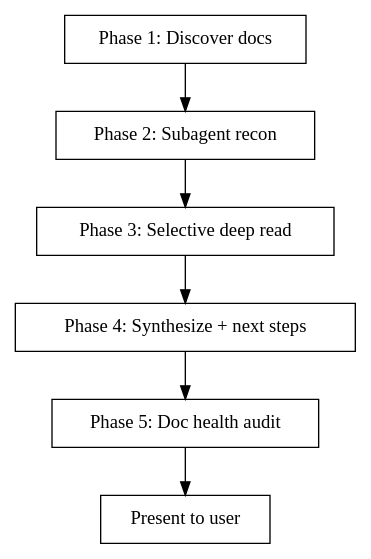
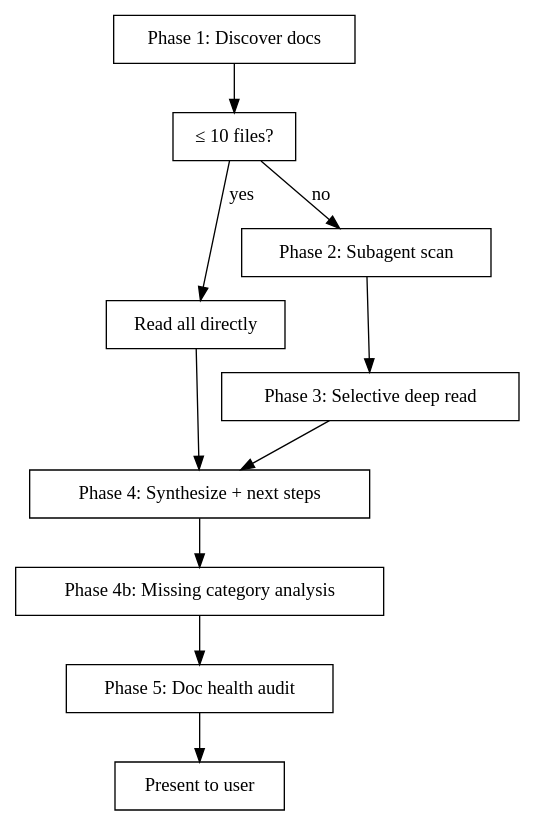
Before and after one commit to Quigleybits/custom_claude_skills: the diagram in skills/recon/SKILL.md, drawn with Graphviz. The commit also changed other lines of this file, not shown here.

First line of the commit message:
Improve recon skill based on self-test findings

````diff
--- a/skills/recon/SKILL.md
+++ b/skills/recon/SKILL.md
@@ -14,11 +14,15 @@
 ```dot
 digraph recon {
     rankdir=TB;
     node [shape=box];
-    "Phase 1: Discover docs" -> "Phase 2: Subagent recon";
-    "Phase 2: Subagent recon" -> "Phase 3: Selective deep read";
+    "Phase 1: Discover docs" -> "≤ 10 files?" [shape=diamond];
+    "≤ 10 files?" -> "Read all directly" [label="yes"];
+    "≤ 10 files?" -> "Phase 2: Subagent scan" [label="no"];
+    "Phase 2: Subagent scan" -> "Phase 3: Selective deep read";
+    "Read all directly" -> "Phase 4: Synthesize + next steps";
     "Phase 3: Selective deep read" -> "Phase 4: Synthesize + next steps";
-    "Phase 4: Synthesize + next steps" -> "Phase 5: Doc health audit";
+    "Phase 4: Synthesize + next steps" -> "Phase 4b: Missing category analysis";
+    "Phase 4b: Missing category analysis" -> "Phase 5: Doc health audit";
     "Phase 5: Doc health audit" -> "Present to user" [shape=doublecircle];
 }
 ```
````
